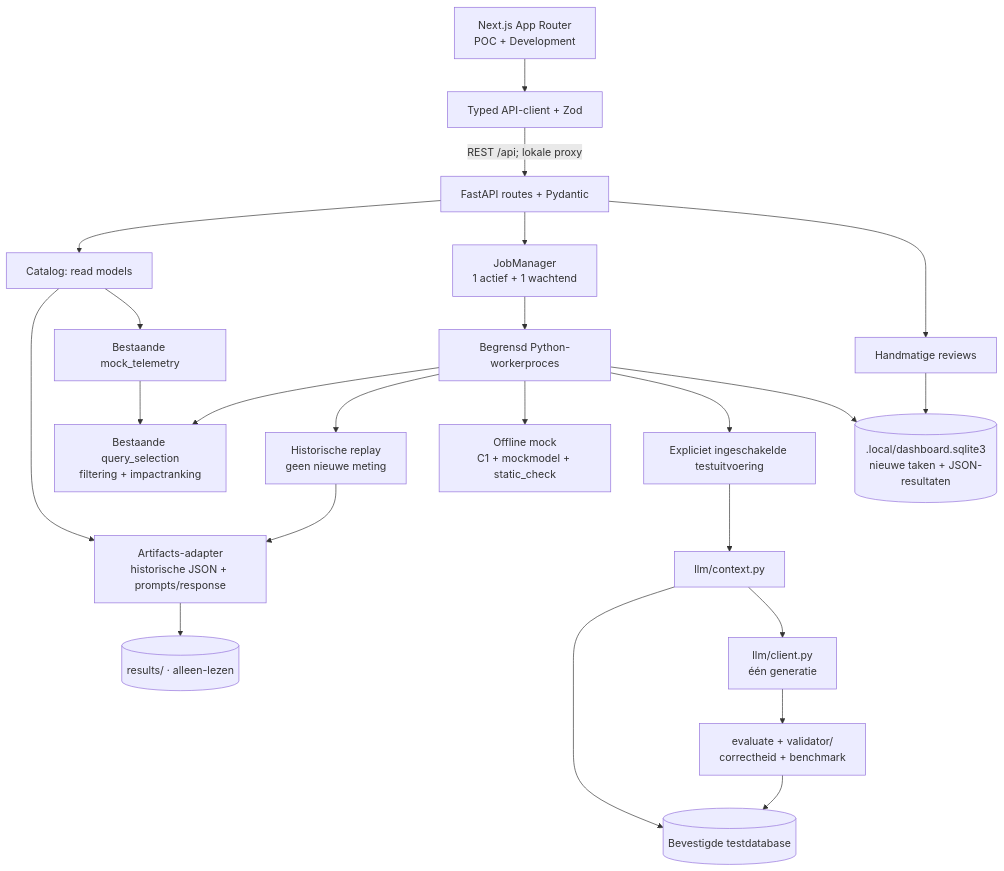
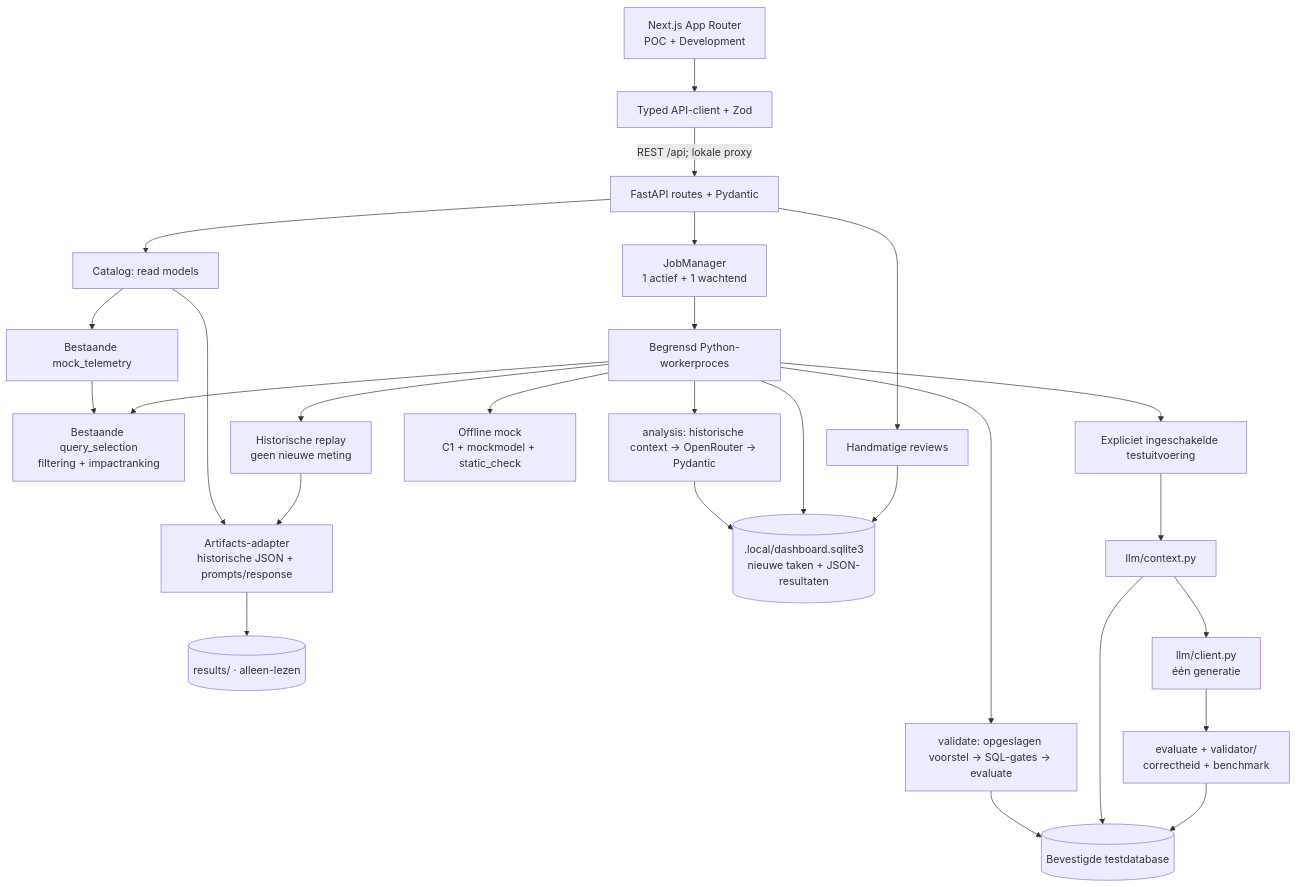
Before and after one commit to Khaled-Alkahlout/initial_poc_sue: the first of 2 diagrams in docs/ui-architecture.md, drawn with Mermaid. The commit also changed other lines of this file and 75 other files, not shown here.

First line of the commit message:
Add guarded AI SQL analysis workflow

````diff
--- a/docs/ui-architecture.md
+++ b/docs/ui-architecture.md
@@ -17,25 +21,29 @@
 ```mermaid
 flowchart TD
     Pages["Next.js App Router<br/>POC + Development"] --> Client["Typed API-client + Zod"]
     Client -->|"REST /api; lokale proxy"| Routes["FastAPI routes + Pydantic"]
     Routes --> Catalog["Catalog: read models"]
     Catalog --> Historical["Artifacts-adapter<br/>historische JSON + prompts/response"]
     Historical --> Results[("results/ · alleen-lezen")]
     Catalog --> Adapter["Bestaande mock_telemetry"]
     Adapter --> Selection["Bestaande query_selection<br/>filtering + impactranking"]
     Routes --> Queue["JobManager<br/>1 actief + 1 wachtend"]
     Queue --> Worker["Begrensd Python-workerproces"]
     Worker --> Selection
+    Worker --> Analysis["analysis: historische context → OpenRouter → Pydantic"]
+    Analysis --> Store
+    Worker --> Validate["validate: opgeslagen voorstel → SQL-gates → evaluate"]
+    Validate --> DB
     Worker --> Replay["Historische replay<br/>geen nieuwe meting"]
     Replay --> Historical
     Worker --> Offline["Offline mock<br/>C1 + mockmodel + static_check"]
     Worker --> Live["Expliciet ingeschakelde testuitvoering"]
     Live --> Context["llm/context.py"]
     Context --> DB[("Bevestigde testdatabase")]
     Context --> Model["llm/client.py<br/>één generatie"]
     Model --> Validation["evaluate + validator/<br/>correctheid + benchmark"]
     Validation --> DB
     Worker --> Store[(".local/dashboard.sqlite3<br/>nieuwe taken + JSON-resultaten")]
     Routes --> Feedback["Handmatige reviews"]
     Feedback --> Store
 ```
````
